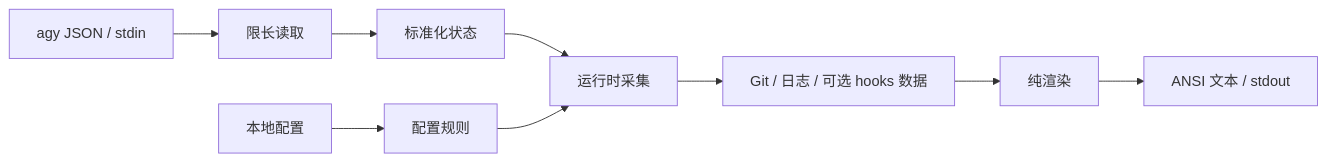
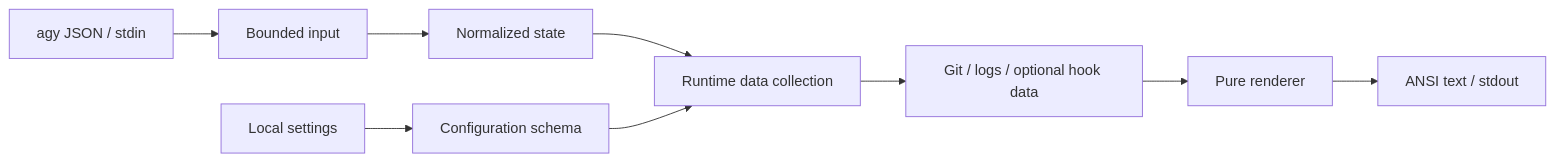
Before and after one commit to JS-banana/agy-hub: the diagram in docs/architecture.md, drawn with Mermaid. The commit also changed other lines of this file and 8 other files, not shown here.

````diff
--- a/docs/architecture.md
+++ b/docs/architecture.md
@@ -5,11 +5,11 @@
 ```mermaid
 flowchart LR
-    AGY["agy JSON / stdin"] --> Input["限长读取"]
-    Input --> State["标准化状态"]
-    Settings["本地配置"] --> Config["配置规则"]
-    State --> Runtime["运行时采集"]
+    AGY["agy JSON / stdin"] --> Input["Bounded input"]
+    Input --> State["Normalized state"]
+    Settings["Local settings"] --> Config["Configuration schema"]
+    State --> Runtime["Runtime data collection"]
     Config --> Runtime
-    Runtime --> Facts["Git / 日志 / 可选 hooks 数据"]
-    Facts --> Render["纯渲染"]
-    Render --> Out["ANSI 文本 / stdout"]
+    Runtime --> Facts["Git / logs / optional hook data"]
+    Facts --> Render["Pure renderer"]
+    Render --> Out["ANSI text / stdout"]
 ```
````
